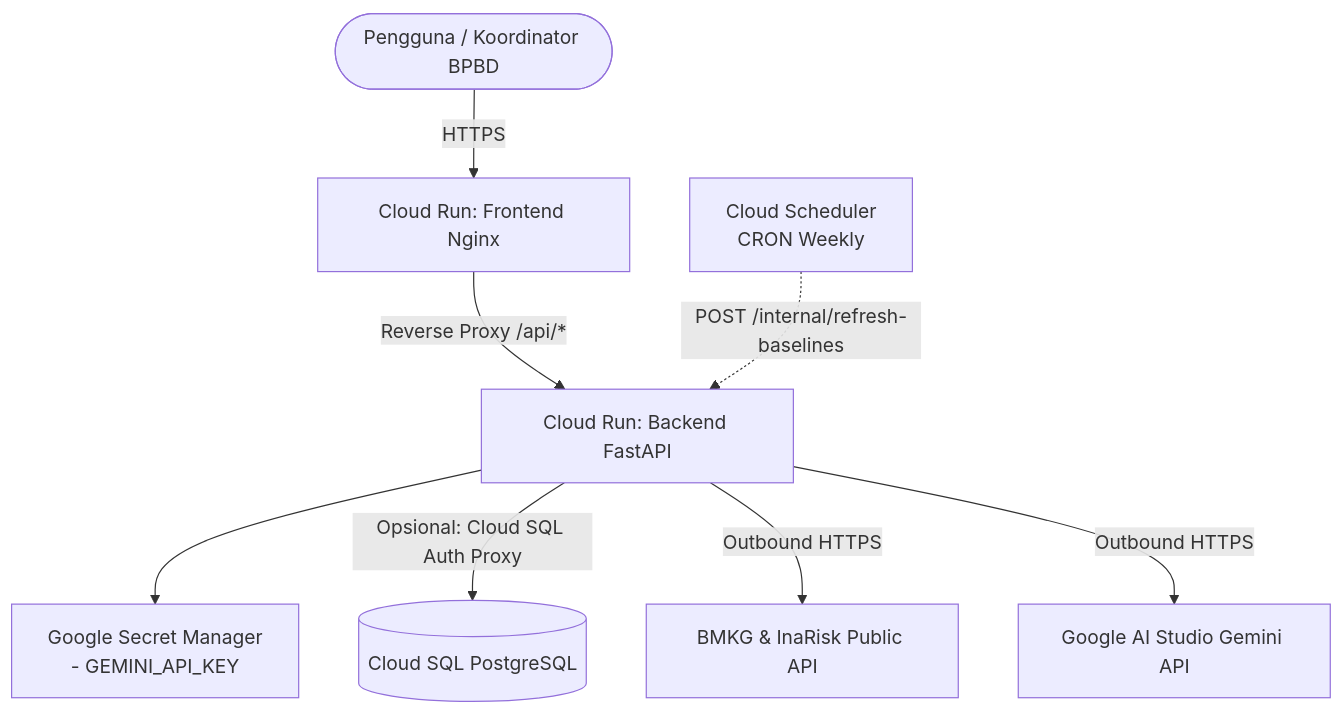
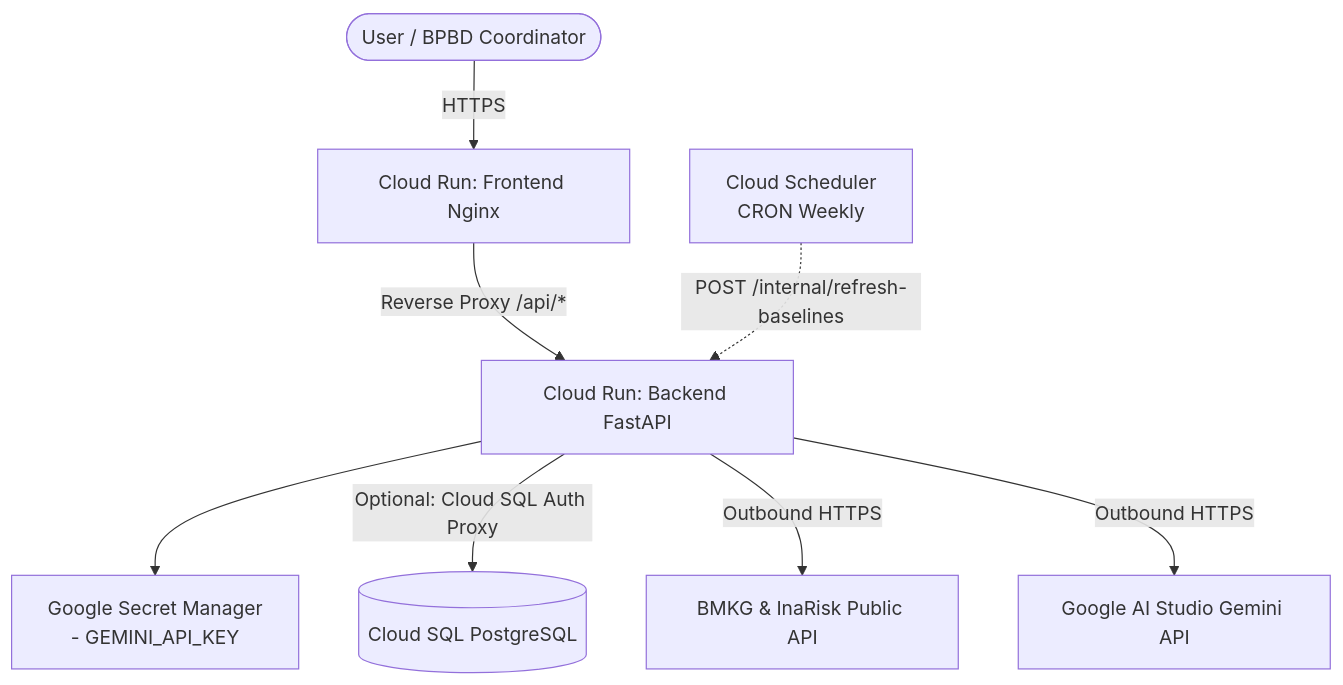
The diagram in DEPLOYMENT.md (bimaramadhan/sigap), drawn with Mermaid before and after one commit. The commit also changed other lines of this file, not shown here.

````diff
--- a/DEPLOYMENT.md
+++ b/DEPLOYMENT.md
@@ -9,10 +9,10 @@
 ```mermaid
 flowchart TD
-    User([Pengguna / Koordinator BPBD]) -->|HTTPS| Frontend[Cloud Run: Frontend Nginx]
+    User([User / BPBD Coordinator]) -->|HTTPS| Frontend[Cloud Run: Frontend Nginx]
     Frontend -->|Reverse Proxy /api/*| Backend[Cloud Run: Backend FastAPI]
     Backend --> Secrets[Google Secret Manager\n- GEMINI_API_KEY]
-    Backend -->|Opsional: Cloud SQL Auth Proxy| CloudSQL[(Cloud SQL PostgreSQL)]
+    Backend -->|Optional: Cloud SQL Auth Proxy| CloudSQL[(Cloud SQL PostgreSQL)]
     Backend -->|Outbound HTTPS| BMKG[BMKG & InaRisk Public API]
     Backend -->|Outbound HTTPS| AIStudio[Google AI Studio Gemini API]
     Scheduler[Cloud Scheduler\nCRON Weekly] -.->|POST /internal/refresh-baselines| Backend
 ```
````
